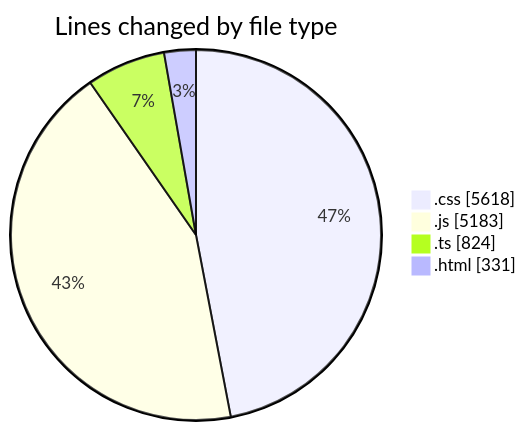
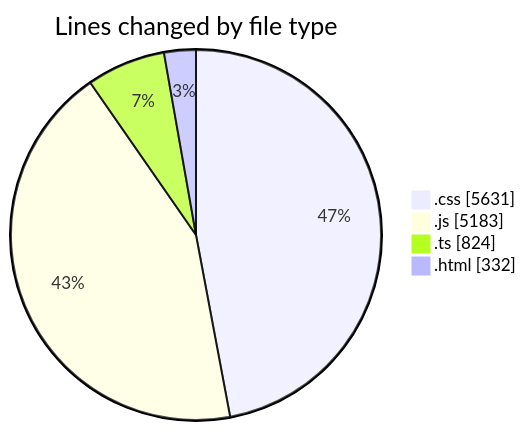
The first of 2 diagrams in 2026-04-24/darkwire/README.md (tmsrecording-cyber/code-tracking), drawn with Mermaid before and after one commit. The commit also changed other lines of this file and 1 other file, not shown here.

````diff
--- a/2026-04-24/darkwire/README.md
+++ b/2026-04-24/darkwire/README.md
@@ -38,8 +38,8 @@
 ```mermaid
 pie showData
 title Lines changed by file type
-".css" : 5618
+".css" : 5631
 ".js" : 5183
 ".ts" : 824
-".html" : 331
+".html" : 332
 ```
````
